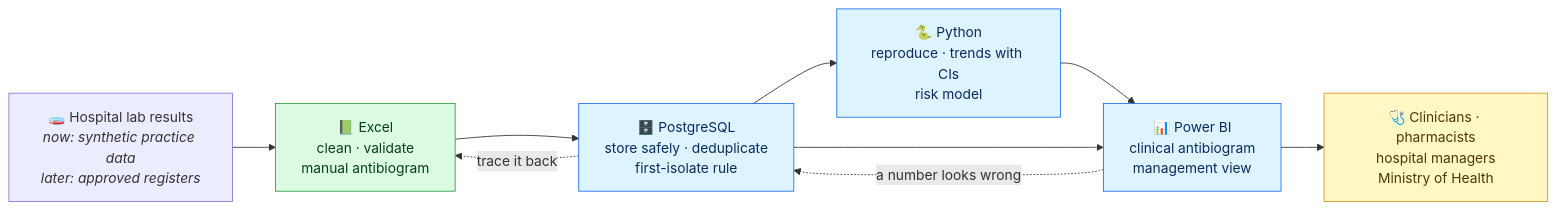
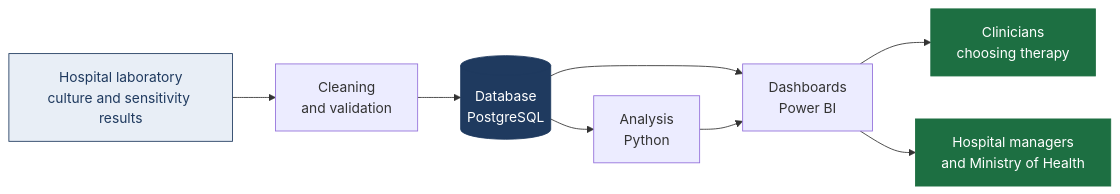
The first of 3 diagrams in profile/README.md (AMR-Playbook/.github), drawn with Mermaid before and after one commit. The commit also changed other lines of this file and 1 other file, not shown here.

````diff
--- a/profile/README.md
+++ b/profile/README.md
@@ -39,21 +31,15 @@
 ```mermaid
 flowchart LR
-    LAB["🧫 Hospital lab results<br/><i>now: synthetic practice data</i><br/><i>later: approved registers</i>"]
-    XL["📗 Excel<br/>clean · validate<br/>manual antibiogram"]
-    SQL["🗄️ PostgreSQL<br/>store safely · deduplicate<br/>first-isolate rule"]
-    PY["🐍 Python<br/>reproduce · trends with CIs<br/>risk model"]
-    BI["📊 Power BI<br/>clinical antibiogram<br/>management view"]
-    USE["🩺 Clinicians · pharmacists<br/>hospital managers<br/>Ministry of Health"]
+    A["Hospital laboratory<br/>culture and sensitivity results"] --> B["Cleaning<br/>and validation"]
+    B --> C[("Database<br/>PostgreSQL")]
+    C --> D["Analysis<br/>Python"]
+    C --> E["Dashboards<br/>Power BI"]
+    D --> E
+    E --> F["Clinicians<br/>choosing therapy"]
+    E --> G["Hospital managers<br/>and Ministry of Health"]
 
-    LAB --> XL --> SQL --> PY --> BI --> USE
-    SQL --> BI
-    BI -. "a number looks wrong" .-> SQL
-    SQL -. "trace it back" .-> XL
-
-    classDef done fill:#dafbe1,stroke:#2ea043,color:#0a3d1a
-    classDef build fill:#ddf4ff,stroke:#1f6feb,color:#0a2a5c
-    classDef people fill:#fff8c5,stroke:#d29922,color:#4d3800
-    class XL done
-    class SQL,PY,BI build
-    class USE people
+    style A fill:#e8eef6,stroke:#1f3a5f,color:#1f3a5f
+    style C fill:#1f3a5f,stroke:#1f3a5f,color:#ffffff
+    style F fill:#1d6f42,stroke:#1d6f42,color:#ffffff
+    style G fill:#1d6f42,stroke:#1d6f42,color:#ffffff
 ```
````
